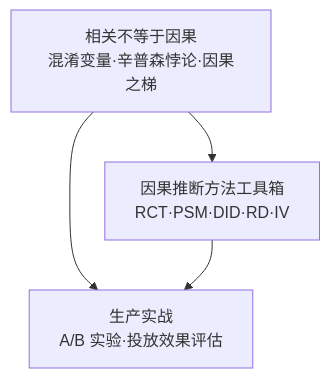
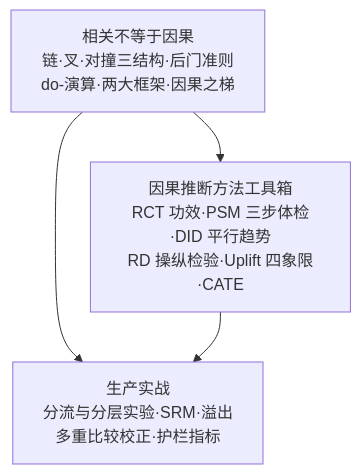
One commit to lizhengzhong20-sketch/model_learning changed the diagram in docs/4-专业方向/11-因果推断/README.md. Above: the diagram before and after it, drawn with Mermaid. The commit also changed other lines of this file and 67 other files, not shown here.

````diff
--- a/docs/4-专业方向/11-因果推断/README.md
+++ b/docs/4-专业方向/11-因果推断/README.md
@@ -9,6 +9,6 @@
 ```mermaid
 graph TD
-    A["相关不等于因果<br/>混淆变量·辛普森悖论·因果之梯"] --> B["因果推断方法工具箱<br/>RCT·PSM·DID·RD·IV"]
-    A --> C["生产实战<br/>A/B 实验·投放效果评估"]
+    A["相关不等于因果<br/>链·叉·对撞三结构·后门准则<br/>do-演算·两大框架·因果之梯"] --> B["因果推断方法工具箱<br/>RCT 功效·PSM 三步体检·DID 平行趋势<br/>RD 操纵检验·Uplift 四象限·CATE"]
+    A --> C["生产实战<br/>分流与分层实验·SRM·溢出<br/>多重比较校正·护栏指标"]
     B --> C
 ```
````
